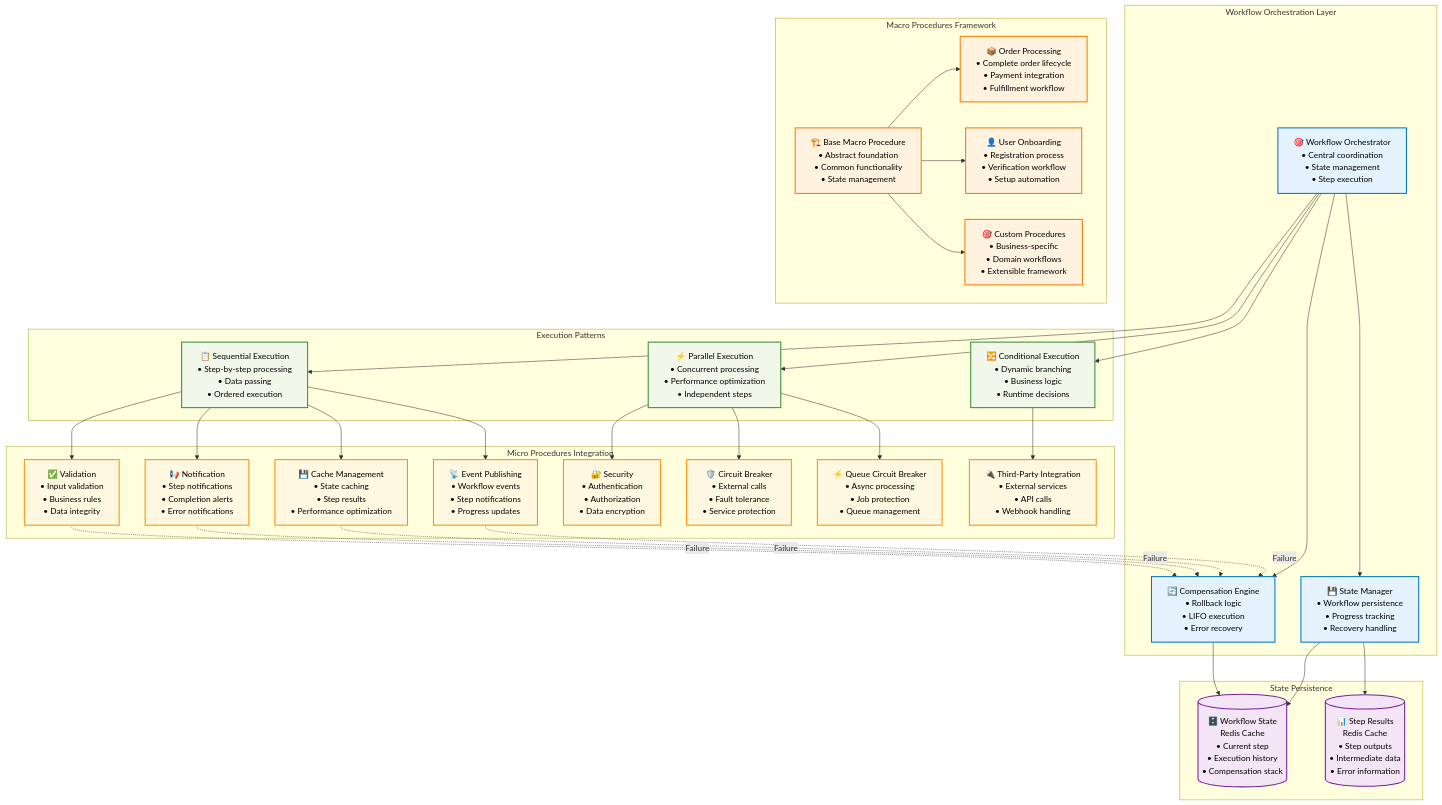
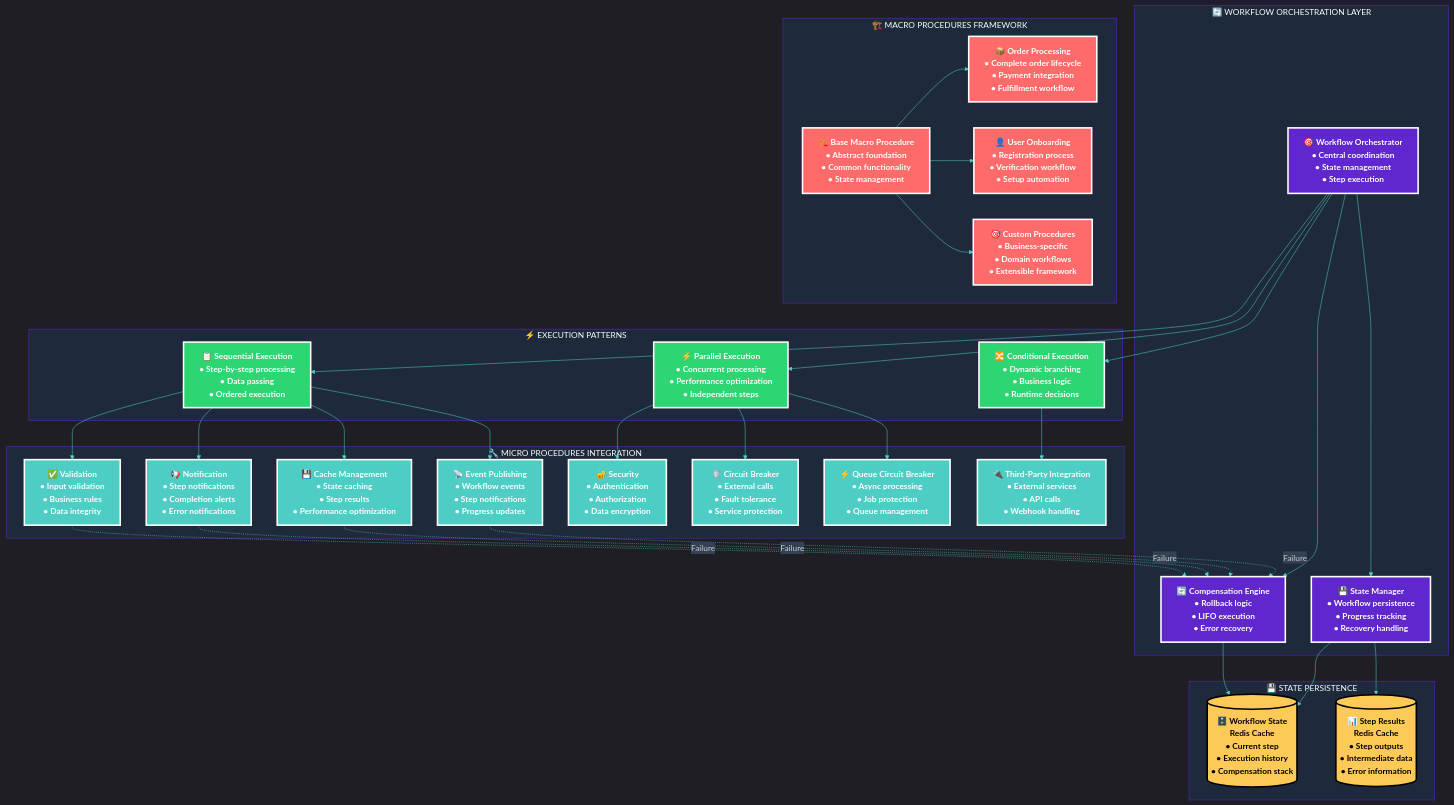
The first of 10 diagrams in diagrams/workflow-orchestration.md (abdoElHodaky/larvrevrstender), drawn with Mermaid before and after one commit. The commit also changed other lines of this file and 1 other file, not shown here.

First paragraph of the commit message:
feat: Redesign microservices and workflow diagrams with distinguished eye-catching styling
🎨 MAJOR VISUAL REDESIGN - Distinguished Eye-Catching Styling Applied

````diff
--- a/diagrams/workflow-orchestration.md
+++ b/diagrams/workflow-orchestration.md
@@ -9,25 +9,46 @@
 ```mermaid
+%%{init: {
+  'theme': 'dark',
+  'themeVariables': {
+    'primaryColor': '#5F27CD',
+    'primaryTextColor': '#FFFFFF',
+    'primaryBorderColor': '#7B4AE0',
+    'lineColor': '#4ECDC4',
+    'secondaryColor': '#45B7D1',
+    'tertiaryColor': '#96CEB4',
+    'background': '#0F172A',
+    'mainBkg': '#1E293B',
+    'secondBkg': '#334155',
+    'tertiaryBkg': '#475569',
+    'clusterBkg': '#1E293B',
+    'clusterBorder': '#5F27CD',
+    'edgeLabelBackground': '#334155',
+    'nodeTextColor': '#FFFFFF',
+    'edgeColor': '#4ECDC4'
+  }
+}}%%
+
 graph TB
-    subgraph "Workflow Orchestration Layer"
+    subgraph "🔄 WORKFLOW ORCHESTRATION LAYER"
         WF_ENGINE[🎯 Workflow Orchestrator<br/>• Central coordination<br/>• State management<br/>• Step execution]
         STATE_MGR[💾 State Manager<br/>• Workflow persistence<br/>• Progress tracking<br/>• Recovery handling]
         COMP_ENGINE[🔄 Compensation Engine<br/>• Rollback logic<br/>• LIFO execution<br/>• Error recovery]
     end
 
-    subgraph "Execution Patterns"
+    subgraph "⚡ EXECUTION PATTERNS"
         SEQ[📋 Sequential Execution<br/>• Step-by-step processing<br/>• Data passing<br/>• Ordered execution]
         PAR[⚡ Parallel Execution<br/>• Concurrent processing<br/>• Performance optimization<br/>• Independent steps]
         COND[🔀 Conditional Execution<br/>• Dynamic branching<br/>• Business logic<br/>• Runtime decisions]
     end
 
-    subgraph "Macro Procedures Framework"
+    subgraph "🏗️ MACRO PROCEDURES FRAMEWORK"
         BASE_MACRO[🏗️ Base Macro Procedure<br/>• Abstract foundation<br/>• Common functionality<br/>• State management]
         ORDER_PROC[📦 Order Processing<br/>• Complete order lifecycle<br/>• Payment integration<br/>• Fulfillment workflow]
         USER_PROC[👤 User Onboarding<br/>• Registration process<br/>• Verification workflow<br/>• Setup automation]
         CUSTOM_PROC[🎯 Custom Procedures<br/>• Business-specific<br/>• Domain workflows<br/>• Extensible framework]
     end
 
-    subgraph "Micro Procedures Integration"
+    subgraph "🔧 MICRO PROCEDURES INTEGRATION"
         EVENT_MP[📡 Event Publishing<br/>• Workflow events<br/>• Step notifications<br/>• Progress updates]
         CACHE_MP[💾 Cache Management<br/>• State caching<br/>• Step results<br/>• Performance optimization]
         NOTIFY_MP[📢 Notification<br/>• Step notifications<br/>• Completion alerts<br/>• Error notifications]
@@ -38,7 +59,7 @@
         TPI_MP[🔌 Third-Party Integration<br/>• External services<br/>• API calls<br/>• Webhook handling]
     end
 
-    subgraph "State Persistence"
+    subgraph "💾 STATE PERSISTENCE"
         WORKFLOW_STATE[(🗄️ Workflow State<br/>Redis Cache<br/>• Current step<br/>• Execution history<br/>• Compensation stack)]
         STEP_RESULTS[(📊 Step Results<br/>Redis Cache<br/>• Step outputs<br/>• Intermediate data<br/>• Error information)]
     end
@@ -76,12 +97,12 @@
     NOTIFY_MP -.->|Failure| COMP_ENGINE
     VALID_MP -.->|Failure| COMP_ENGINE
 
-    %% Styling
-    classDef orchestrationStyle fill:#e3f2fd,stroke:#0277bd,stroke-width:2px,color:#000
-    classDef executionStyle fill:#f1f8e9,stroke:#388e3c,stroke-width:2px,color:#000
-    classDef macroStyle fill:#fff3e0,stroke:#f57c00,stroke-width:2px,color:#000
-    classDef microStyle fill:#fff8e1,stroke:#ff8f00,stroke-width:2px,color:#000
-    classDef stateStyle fill:#f3e5f5,stroke:#7b1fa2,stroke-width:2px,color:#000
+    %% Distinguished Eye-Catching Styling
+    classDef orchestrationStyle fill:#5F27CD,stroke:#FFFFFF,stroke-width:3px,color:#FFFFFF,font-weight:bold
+    classDef executionStyle fill:#2ED573,stroke:#FFFFFF,stroke-width:3px,color:#FFFFFF,font-weight:bold
+    classDef macroStyle fill:#FF6B6B,stroke:#FFFFFF,stroke-width:3px,color:#FFFFFF,font-weight:bold
+    classDef microStyle fill:#4ECDC4,stroke:#FFFFFF,stroke-width:3px,color:#FFFFFF,font-weight:bold
+    classDef stateStyle fill:#FECA57,stroke:#000000,stroke-width:3px,color:#000000,font-weight:bold
 
     class WF_ENGINE,STATE_MGR,COMP_ENGINE orchestrationStyle
     class SEQ,PAR,COND executionStyle
````
